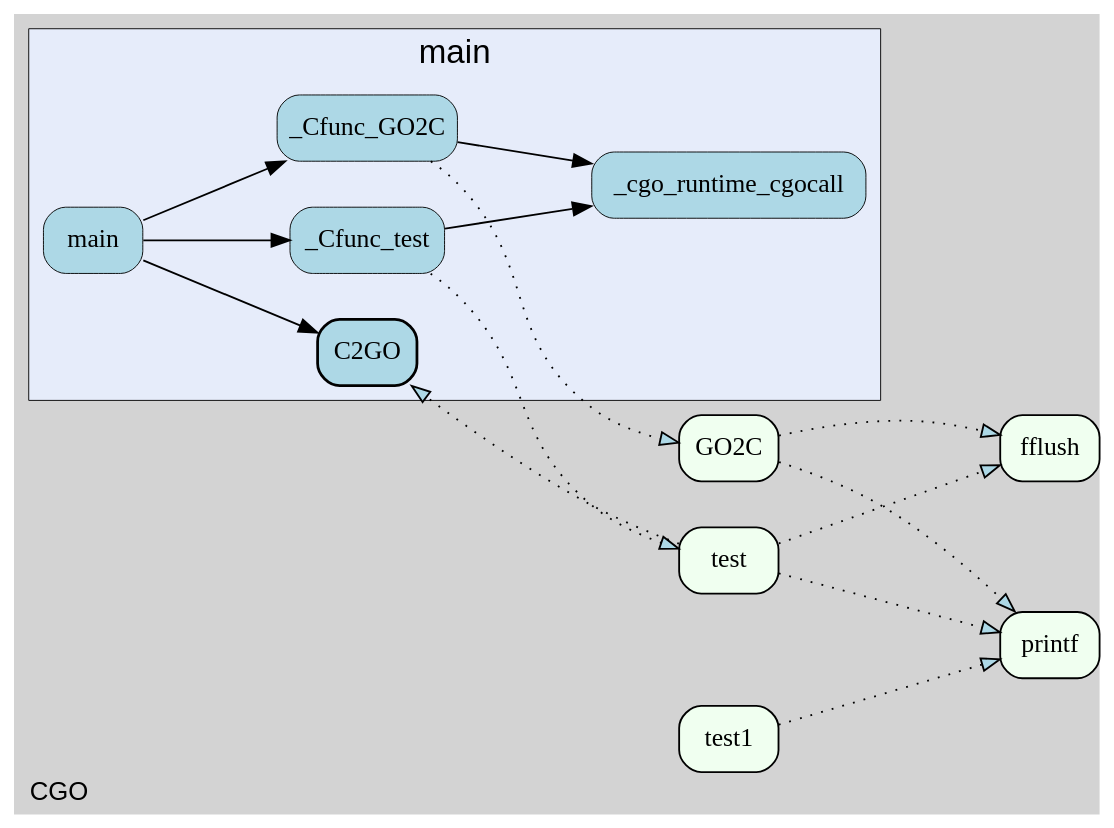
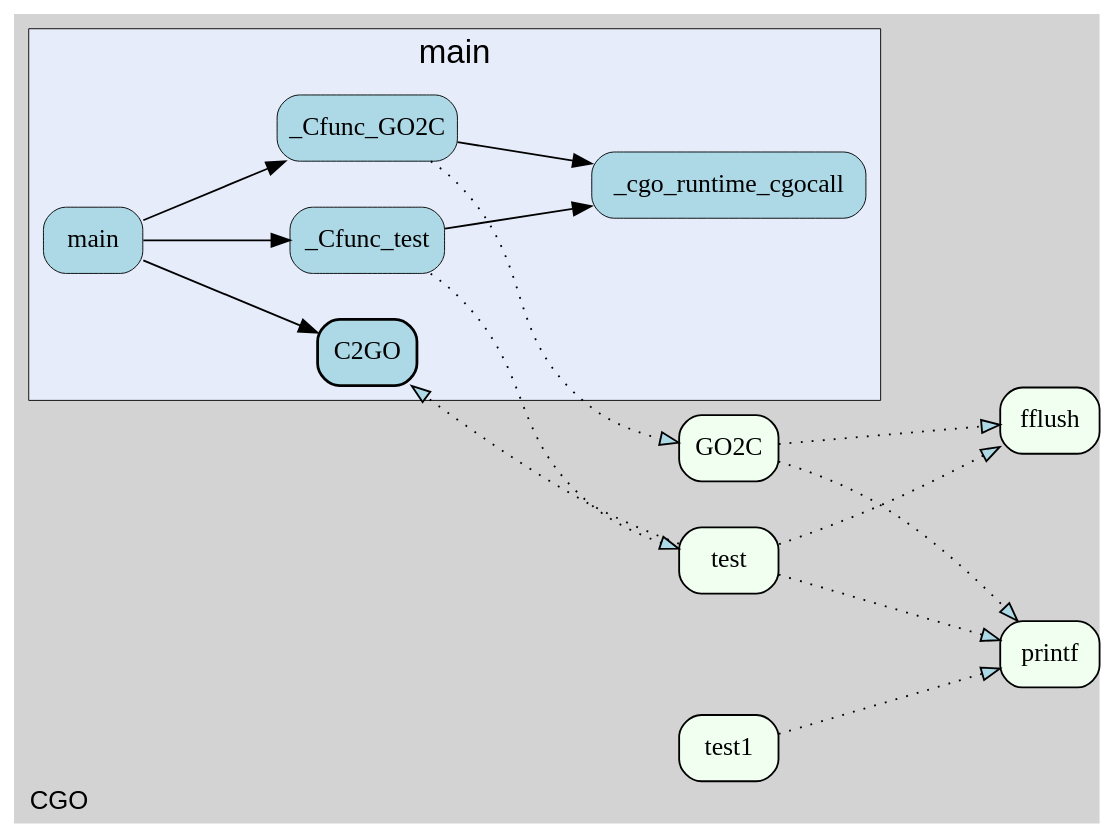
Before and after one commit to Lslightly/go-callvis: the diagram in examples/src/CGO/go2c2go.gv, drawn with Graphviz. The commit also changed 37 other files, not shown here.

```diff
--- a/examples/src/CGO/go2c2go.gv
+++ b/examples/src/CGO/go2c2go.gv
@@ -1,44 +1,44 @@
 digraph gocallvis {
     label="CGO";
     labeljust="l";
     fontname="Arial";
     fontsize="14";
     rankdir="LR";
     bgcolor="lightgray";
     style="solid";
     penwidth="0.5";
     pad="0.0";
     nodesep="0.35";
 
     node [shape="box" style="filled,rounded" fillcolor="honeydew" fontname="Verdana" penwidth="1.0" margin="0.05,0.0"];
     edge [minlen="2"]
 
     subgraph "cluster_focus" {
-        bgcolor="#e6ecfa";
-label="main";
+        label="main";
 labelloc="t";
 labeljust="c";
 fontsize="18";
+bgcolor="#e6ecfa";
         
         "CGO._Cfunc_test" [ fillcolor="lightblue" label="_Cfunc_test" penwidth="0.5" tooltip="CGO._Cfunc_test | defined in 53861886897a0786f9dec7f32be847304781fdb2801a094c7d3d2ec61cd5e5d3-d:49\nat 53861886897a0786f9dec7f32be847304781fdb2801a094c7d3d2ec61cd5e5d3-d:50: calling [CGO._cgo_runtime_cgocall]" ]
-        "CGO._cgo_runtime_cgocall" [ label="_cgo_runtime_cgocall" penwidth="0.5" tooltip="CGO._cgo_runtime_cgocall | defined in 53861886897a0786f9dec7f32be847304781fdb2801a094c7d3d2ec61cd5e5d3-d:23" fillcolor="lightblue" ]
-        "CGO.main" [ fillcolor="lightblue" label="main" penwidth="0.5" tooltip="CGO.main | defined in main.go:8\nat main.go:9: calling [CGO._Cfunc_test]\nat main.go:10: calling [CGO._Cfunc_GO2C]\nat main.go:11: calling [CGO.C2GO]" ]
-        "CGO._Cfunc_GO2C" [ fillcolor="lightblue" label="_Cfunc_GO2C" penwidth="0.5" tooltip="CGO._Cfunc_GO2C | defined in 53861886897a0786f9dec7f32be847304781fdb2801a094c7d3d2ec61cd5e5d3-d:37\nat 53861886897a0786f9dec7f32be847304781fdb2801a094c7d3d2ec61cd5e5d3-d:38: calling [CGO._cgo_runtime_cgocall]" ]
+        "CGO._cgo_runtime_cgocall" [ tooltip="CGO._cgo_runtime_cgocall | defined in 53861886897a0786f9dec7f32be847304781fdb2801a094c7d3d2ec61cd5e5d3-d:23" fillcolor="lightblue" label="_cgo_runtime_cgocall" penwidth="0.5" ]
+        "CGO.main" [ fillcolor="lightblue" label="main" penwidth="0.5" tooltip="CGO.main | defined in main.go:8\nat main.go:10: calling [CGO._Cfunc_GO2C]\nat main.go:11: calling [CGO.C2GO]\nat main.go:9: calling [CGO._Cfunc_test]" ]
+        "CGO._Cfunc_GO2C" [ tooltip="CGO._Cfunc_GO2C | defined in 53861886897a0786f9dec7f32be847304781fdb2801a094c7d3d2ec61cd5e5d3-d:37\nat 53861886897a0786f9dec7f32be847304781fdb2801a094c7d3d2ec61cd5e5d3-d:38: calling [CGO._cgo_runtime_cgocall]" fillcolor="lightblue" label="_Cfunc_GO2C" penwidth="0.5" ]
         "CGO.C2GO" [ fillcolor="lightblue" label="C2GO" penwidth="1.5" tooltip="CGO.C2GO | defined in callee.go:9" ]
         
     }
 
-    "CGO._Cfunc_test" -> "CGO._cgo_runtime_cgocall" [ tooltip="at 53861886897a0786f9dec7f32be847304781fdb2801a094c7d3d2ec61cd5e5d3-d:50: calling [CGO._cgo_runtime_cgocall]" ]
-    "CGO.main" -> "CGO._Cfunc_test" [ tooltip="at main.go:9: calling [CGO._Cfunc_test]" ]
     "CGO._Cfunc_GO2C" -> "CGO._cgo_runtime_cgocall" [ tooltip="at 53861886897a0786f9dec7f32be847304781fdb2801a094c7d3d2ec61cd5e5d3-d:38: calling [CGO._cgo_runtime_cgocall]" ]
     "CGO.main" -> "CGO._Cfunc_GO2C" [ tooltip="at main.go:10: calling [CGO._Cfunc_GO2C]" ]
     "CGO.main" -> "CGO.C2GO" [ tooltip="at main.go:11: calling [CGO.C2GO]" ]
-    "test1" -> "printf" [ fillcolor="lightblue" label="" style="dotted,filled" tooltip="" ]
-    "test" -> "printf" [ tooltip="" fillcolor="lightblue" label="" style="dotted,filled" ]
-    "test" -> "fflush" [ fillcolor="lightblue" label="" style="dotted,filled" tooltip="" ]
-    "test" -> "CGO.C2GO" [ style="dotted,filled" tooltip="" fillcolor="lightblue" label="" ]
+    "CGO._Cfunc_test" -> "CGO._cgo_runtime_cgocall" [ tooltip="at 53861886897a0786f9dec7f32be847304781fdb2801a094c7d3d2ec61cd5e5d3-d:50: calling [CGO._cgo_runtime_cgocall]" ]
+    "CGO.main" -> "CGO._Cfunc_test" [ tooltip="at main.go:9: calling [CGO._Cfunc_test]" ]
     "GO2C" -> "printf" [ fillcolor="lightblue" label="" style="dotted,filled" tooltip="" ]
     "GO2C" -> "fflush" [ fillcolor="lightblue" label="" style="dotted,filled" tooltip="" ]
+    "test" -> "printf" [ fillcolor="lightblue" label="" style="dotted,filled" tooltip="" ]
+    "test" -> "fflush" [ tooltip="" fillcolor="lightblue" label="" style="dotted,filled" ]
+    "test" -> "CGO.C2GO" [ fillcolor="lightblue" label="" style="dotted,filled" tooltip="" ]
+    "test1" -> "printf" [ fillcolor="lightblue" label="" style="dotted,filled" tooltip="" ]
     "CGO._Cfunc_test" -> "test" [ fillcolor="lightblue" label="" style="dotted,filled" tooltip="" ]
-    "CGO._Cfunc_GO2C" -> "GO2C" [ label="" style="dotted,filled" tooltip="" fillcolor="lightblue" ]
+    "CGO._Cfunc_GO2C" -> "GO2C" [ fillcolor="lightblue" label="" style="dotted,filled" tooltip="" ]
 }
```
